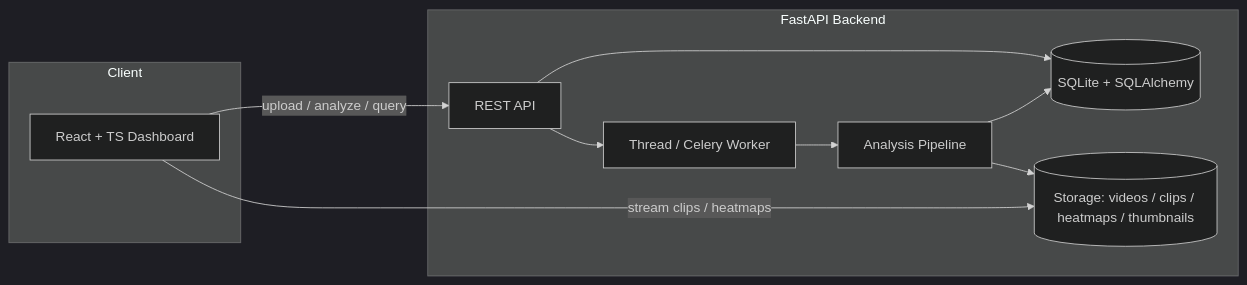
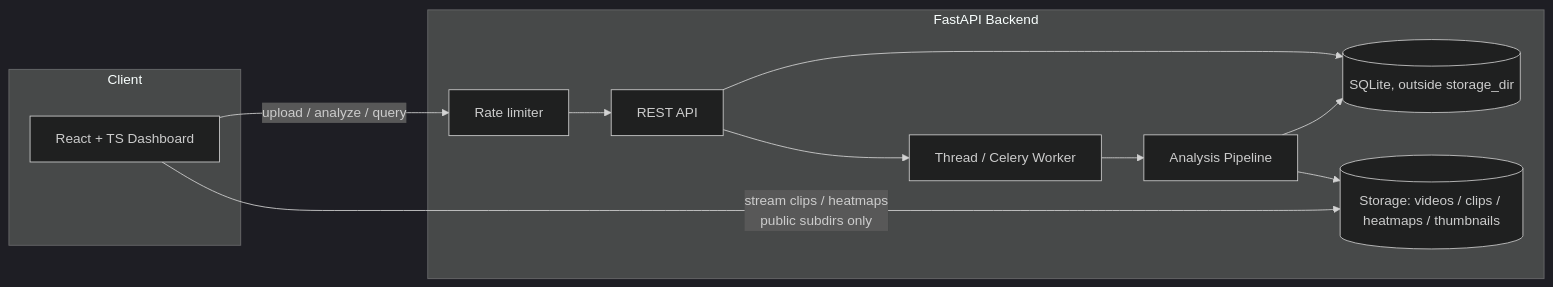
Before and after one commit to vihaanshah191/Offline-Video-Segmentation-and-ROI-Detection: the first of 2 diagrams in README.md, drawn with Mermaid (dark theme). The commit also changed other lines of this file and 15 other files, not shown here.

````diff
--- a/README.md
+++ b/README.md
@@ -37,20 +41,20 @@
 ```mermaid
 flowchart LR
     subgraph Client
       UI[React + TS Dashboard]
     end
     subgraph Server[FastAPI Backend]
-      API[REST API]
+      RL[Rate limiter] --> API[REST API]
       PIPE[Analysis Pipeline]
       WORK[Thread / Celery Worker]
-      DB[(SQLite + SQLAlchemy)]
+      DB[(SQLite, outside storage_dir)]
       FS[(Storage: videos / clips / heatmaps / thumbnails)]
     end
-    UI -->|upload / analyze / query| API
+    UI -->|upload / analyze / query| RL
     API --> DB
     API --> WORK
     WORK --> PIPE
     PIPE --> DB
     PIPE --> FS
-    UI -->|stream clips / heatmaps| FS
+    UI -->|stream clips / heatmaps<br/>public subdirs only| FS
 ```
````
